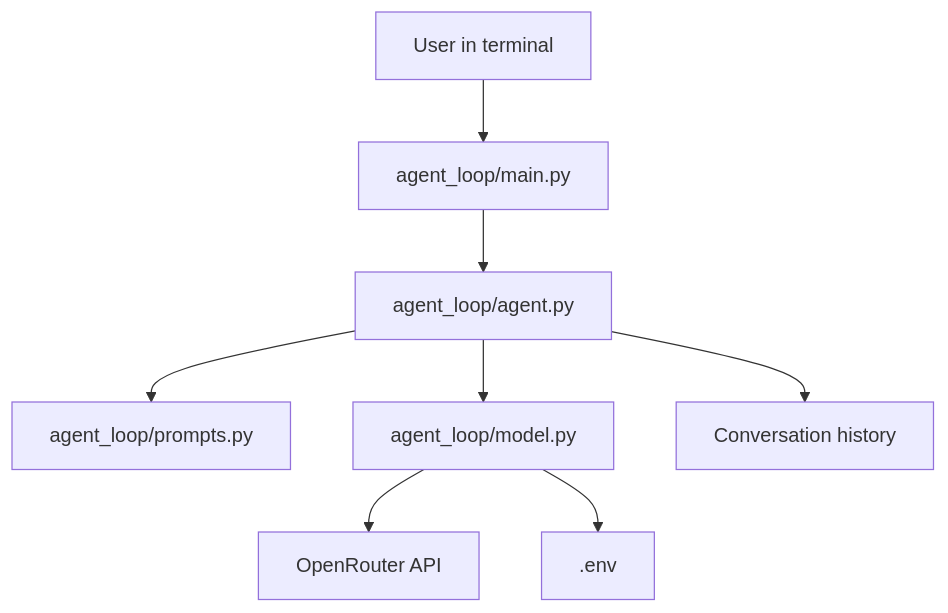
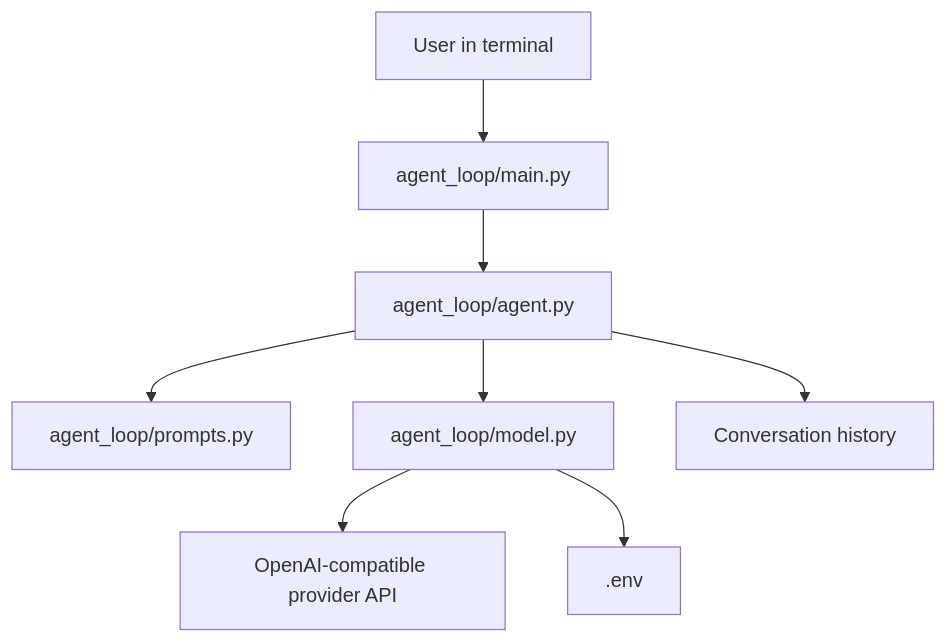
The first of 2 diagrams in ARCHITECTURE.md (dosment/Secan), drawn with Mermaid before and after one commit. The commit also changed other lines of this file and 4 other files, not shown here.

````diff
--- a/ARCHITECTURE.md
+++ b/ARCHITECTURE.md
@@ -5,10 +5,10 @@
 ```mermaid
 flowchart TD
     User[User in terminal] --> Main[agent_loop/main.py]
     Main --> Agent[agent_loop/agent.py]
     Agent --> Prompts[agent_loop/prompts.py]
     Agent --> Model[agent_loop/model.py]
-    Model --> OpenRouter[OpenRouter API]
+    Model --> Provider[OpenAI-compatible provider API]
     Model --> Env[.env]
     Agent --> History[Conversation history]
 ```
````
